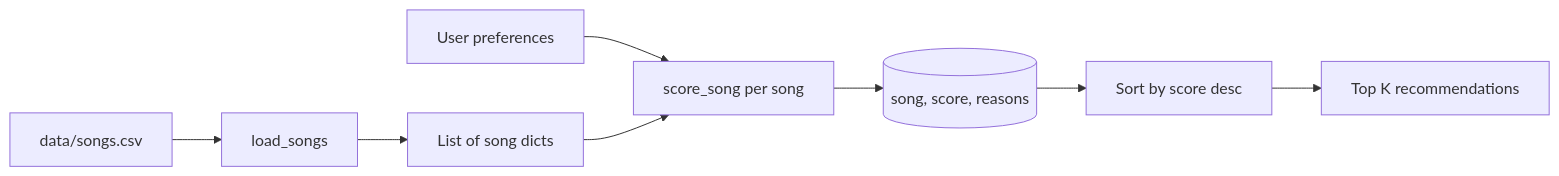
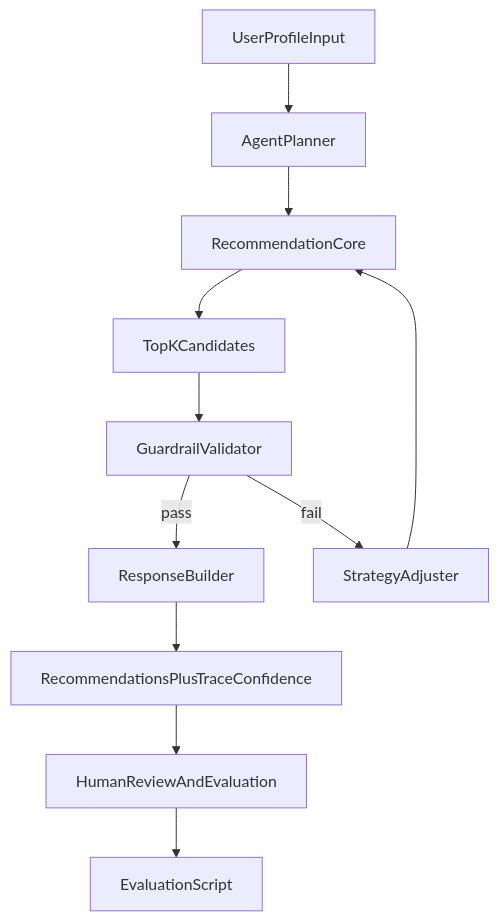
Before and after one commit to nrao04/applied-ai-system-project: the diagram in README.md, drawn with Mermaid. The commit also changed other lines of this file and 7 other files, not shown here.

````diff
--- a/README.md
+++ b/README.md
@@ -28,10 +24,13 @@
 ```mermaid
-flowchart LR
-  CSV[data/songs.csv] --> LOAD[load_songs]
-  LOAD --> CATALOG[List of song dicts]
-  PREFS[User preferences] --> SCORE[score_song per song]
-  CATALOG --> SCORE
-  SCORE --> PAIRS[(song, score, reasons)]
-  PAIRS --> SORT[Sort by score desc]
-  SORT --> TOP[Top K recommendations]
+flowchart TD
+  userInput[UserProfileInput] --> planner[AgentPlanner]
+  planner --> recommenderCore[RecommendationCore]
+  recommenderCore --> candidateSet[TopKCandidates]
+  candidateSet --> validator[GuardrailValidator]
+  validator -->|pass| responseBuilder[ResponseBuilder]
+  validator -->|fail| strategyAdjuster[StrategyAdjuster]
+  strategyAdjuster --> recommenderCore
+  responseBuilder --> output[RecommendationsPlusTraceConfidence]
+  output --> humanReview[HumanReviewAndEvaluation]
+  humanReview --> evalHarness[EvaluationScript]
 ```
````
